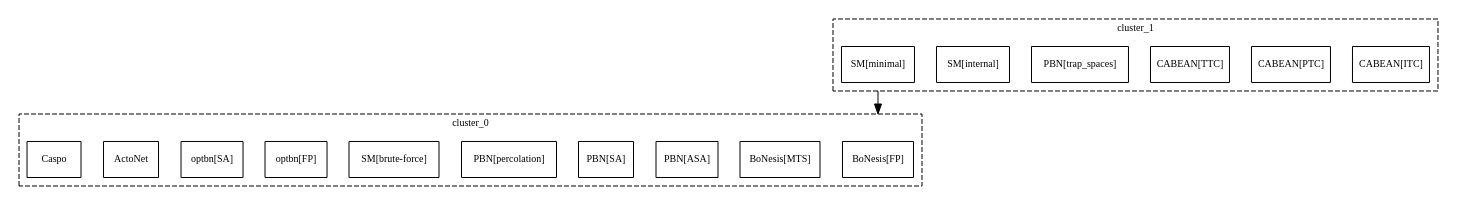
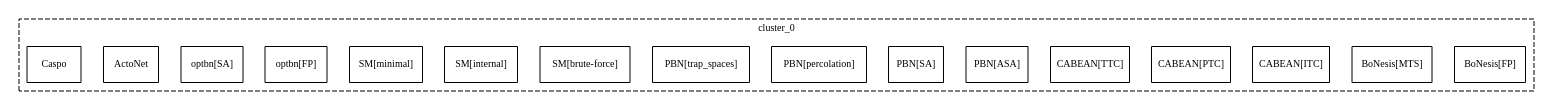
Before and after one commit to kalebmoon07/BN-control-taxonomy: the diagram in experiments/results/A_case_studies/A2_Myeloid/_graph_tred.dot, drawn with Graphviz. The commit also changed 75 other files, not shown here.

```diff
--- a/experiments/results/A_case_studies/A2_Myeloid/_graph_tred.dot
+++ b/experiments/results/A_case_studies/A2_Myeloid/_graph_tred.dot
@@ -1,30 +1,25 @@
 strict digraph G {
 graph [fontsize=10, fontname=Verdana, compound=true];
 node [shape=record, fontsize=10, fontname=Verdana];
 graph [nodesep=0.3, ranksep=0.8];
 subgraph cluster_0 {
 label="cluster_0";
 graph [style=dashed, color=black];
 "BoNesis[FP]";
 "BoNesis[MTS]";
+"CABEAN[ITC]";
+"CABEAN[PTC]";
+"CABEAN[TTC]";
 "PBN[ASA]";
 "PBN[SA]";
 "PBN[percolation]";
+"PBN[trap_spaces]";
 "SM[brute-force]";
+"SM[internal]";
+"SM[minimal]";
 "optbn[FP]";
 "optbn[SA]";
 ActoNet;
 Caspo;
 }
-subgraph cluster_1 {
-label="cluster_1";
-graph [style=dashed, color=black];
-"CABEAN[ITC]";
-"CABEAN[PTC]";
-"CABEAN[TTC]";
-"PBN[trap_spaces]";
-"SM[internal]";
-"SM[minimal]";
 }
-"SM[minimal]" -> "BoNesis[FP]" [ltail="cluster_1", lhead="cluster_0"];
-}
```
